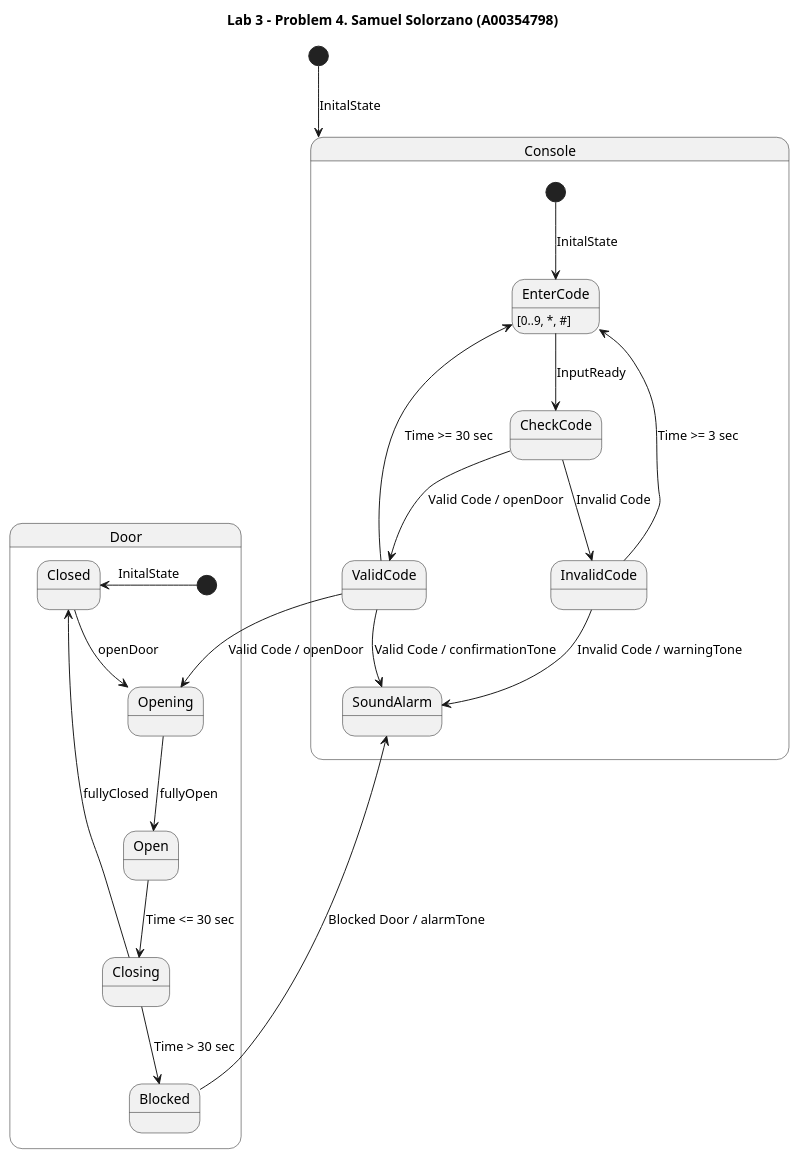
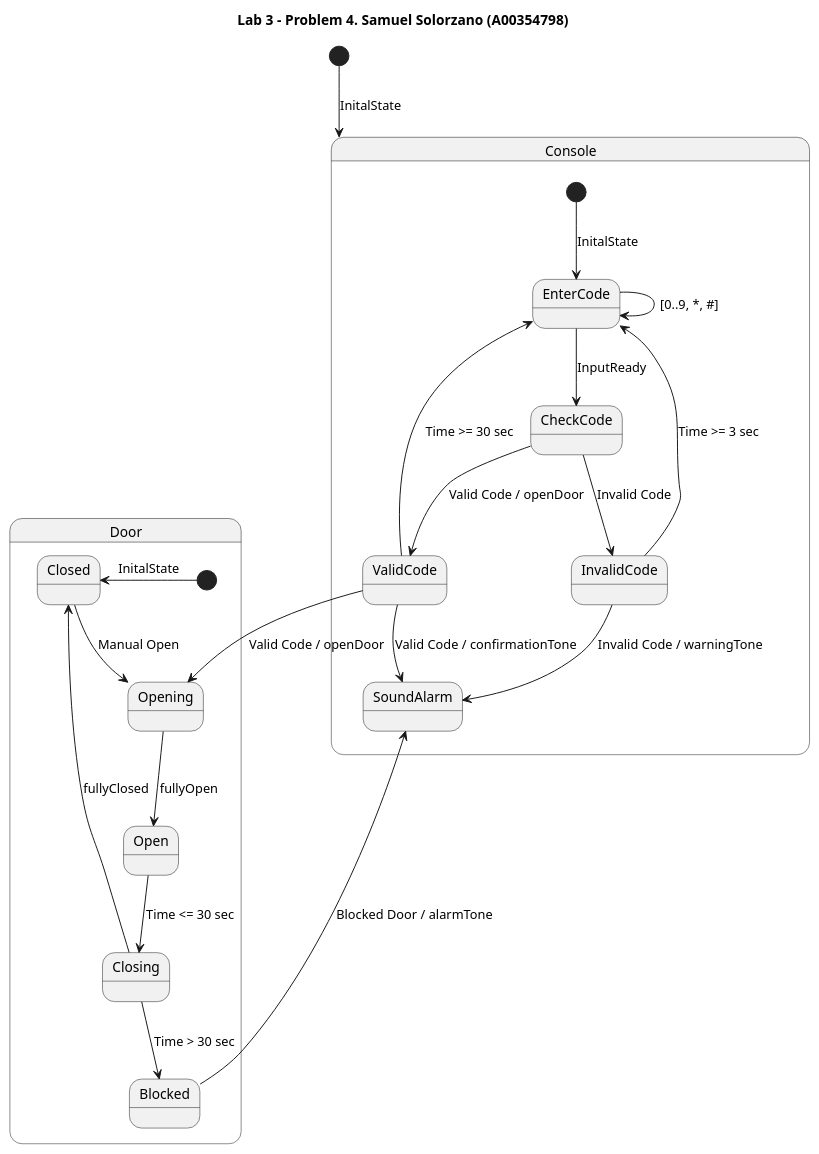
One commit to mcc-sw-eng-course/python-programs-Sr-samuel changed the diagram in L8/lab3/lab3_problem4.puml. Above: the diagram before and after it, drawn with PlantUML. The commit also changed 3 other files, not shown here.

```diff
--- a/L8/lab3/lab3_problem4.puml
+++ b/L8/lab3/lab3_problem4.puml
@@ -1,42 +1,42 @@
 @startuml
 
 title Lab 3 - Problem 4. Samuel Solorzano (A00354798)
 
 [*] --> Console: InitalState
 
 state "Console" as Console {
     [*] --> EnterCode: InitalState
     state EnterCode
-    EnterCode: [0..9, *, #]
     state CheckCode
     state ValidCode
     state InvalidCode
     state SoundAlarm
+    EnterCode --> EnterCode: [0..9, *, #]
     EnterCode --> CheckCode: InputReady
     CheckCode --> ValidCode: Valid Code / openDoor
     CheckCode --> InvalidCode: Invalid Code
     ValidCode --> SoundAlarm: Valid Code / confirmationTone
     InvalidCode --> SoundAlarm: Invalid Code / warningTone
     ValidCode --> EnterCode: Time >= 30 sec
     InvalidCode --> EnterCode: Time >= 3 sec
 }
 
 state "Door" as Door {
     [*] -left-> Closed: InitalState
     state Open
     state Closed
     state Opening
     state Closing
     state Blocked
-    Closed --> Opening: openDoor
+    Closed --> Opening: Manual Open
     Opening --> Open: fullyOpen
     Open --> Closing: Time <= 30 sec
     Closing --> Closed: fullyClosed
     Closing --> Blocked: Time > 30 sec
 }
 
 
 ValidCode --> Opening: Valid Code / openDoor
 Blocked --> SoundAlarm: Blocked Door / alarmTone
 
 @enduml
```
